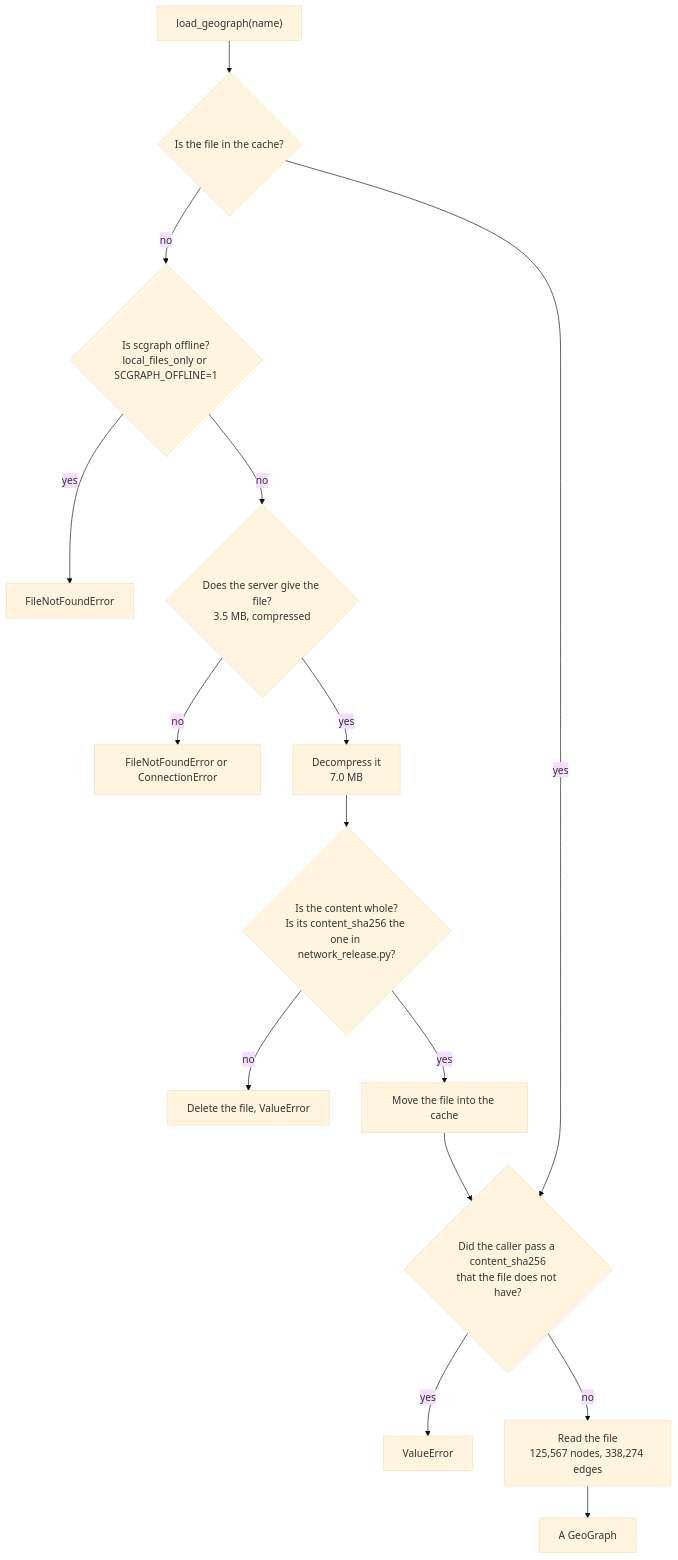
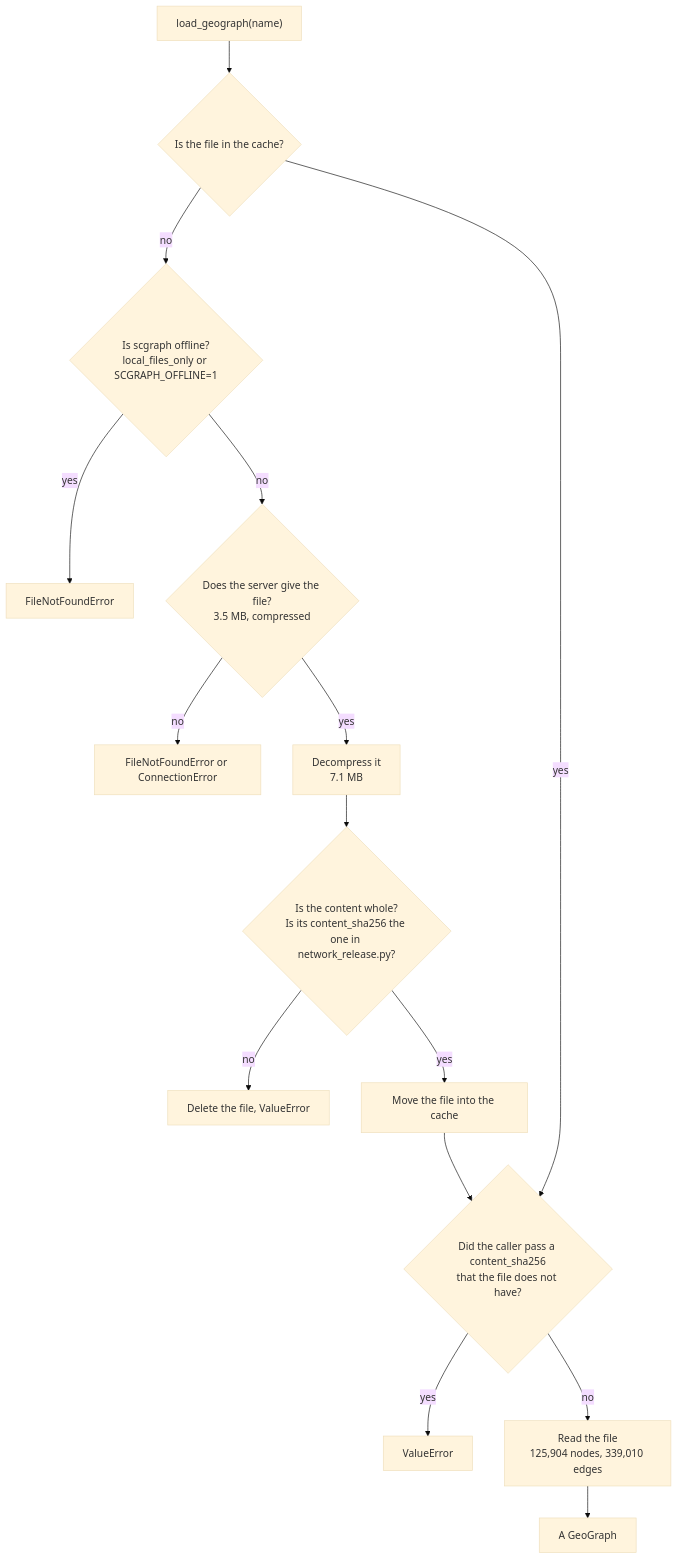
Before and after one commit to connor-makowski/scgraph: the fourth of 4 diagrams in scgraph/pipelines/README.md, drawn with Mermaid (base theme). The commit also changed other lines of this file and 2 other files, not shown here.

````diff
--- a/scgraph/pipelines/README.md
+++ b/scgraph/pipelines/README.md
@@ -576,17 +582,17 @@
 ```mermaid
 flowchart TD
     A["load_geograph(name)"] --> B{"Is the file in the cache?"}
     B -- "no" --> O{"Is scgraph offline?<br/>local_files_only or SCGRAPH_OFFLINE=1"}
     O -- "yes" --> E1["FileNotFoundError"]
     O -- "no" --> D{"Does the server give the file?<br/>3.5 MB, compressed"}
     D -- "no" --> E4["FileNotFoundError or ConnectionError"]
-    D -- "yes" --> U["Decompress it<br/>7.0 MB"]
+    D -- "yes" --> U["Decompress it<br/>7.1 MB"]
     U --> K{"Is the content whole?<br/>Is its content_sha256 the one in network_release.py?"}
     K -- "no" --> E2["Delete the file, ValueError"]
     K -- "yes" --> M["Move the file into the cache"]
     M --> H
     B -- "yes" --> H{"Did the caller pass a content_sha256<br/>that the file does not have?"}
     H -- "yes" --> E3["ValueError"]
-    H -- "no" --> L["Read the file<br/>125,567 nodes, 338,274 edges"]
+    H -- "no" --> L["Read the file<br/>125,904 nodes, 339,010 edges"]
     L --> G["A GeoGraph"]
 ```
````
